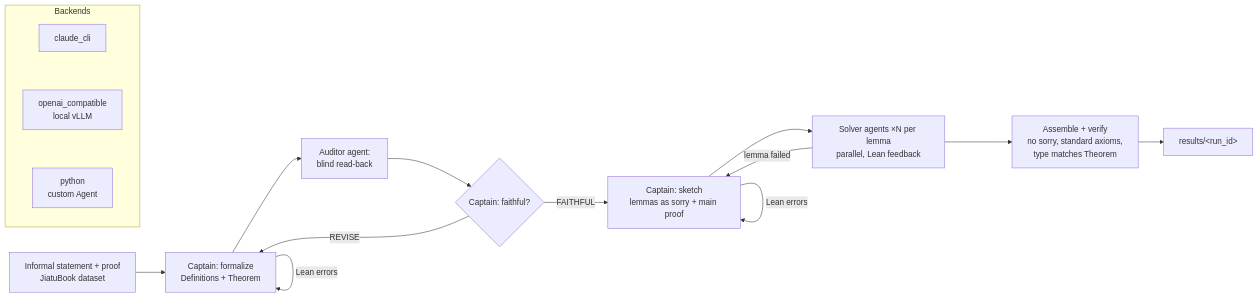
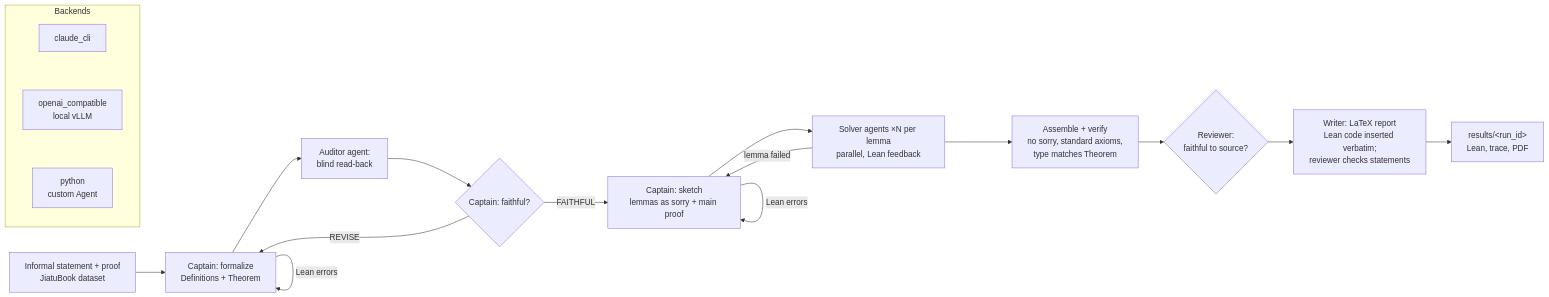
Before and after one commit to Logan-Cole-Luna/aiprover_prove2me_workspace: the first of 2 diagrams in AIProver_README.md, drawn with Mermaid. The commit also changed other lines of this file and 92 other files, not shown here.

````diff
--- a/AIProver_README.md
+++ b/AIProver_README.md
@@ -30,17 +32,19 @@
 ```mermaid
 flowchart LR
     P[Informal statement + proof<br/>JiatuBook dataset] --> F[Captain: formalize<br/>Definitions + Theorem]
     F -->|Lean errors| F
     F --> A[Auditor agent:<br/>blind read-back]
     A --> J{Captain: faithful?}
     J -->|REVISE| F
     J -->|FAITHFUL| S[Captain: sketch<br/>lemmas as sorry + main proof]
     S -->|Lean errors| S
     S --> W[Solver agents ×N per lemma<br/>parallel, Lean feedback]
     W -->|lemma failed| S
     W --> V[Assemble + verify<br/>no sorry, standard axioms,<br/>type matches Theorem]
-    V --> R[results/&lt;run_id&gt;]
+    V --> RV{Reviewer:<br/>faithful to source?}
+    RV --> L[Writer: LaTeX report<br/>Lean code inserted verbatim;<br/>reviewer checks statements]
+    L --> R[results/&lt;run_id&gt;<br/>Lean, trace, PDF]
     subgraph Backends
         C1[claude_cli] ~~~ C2[openai_compatible<br/>local vLLM] ~~~ C3[python<br/>custom Agent]
     end
 ```
````
